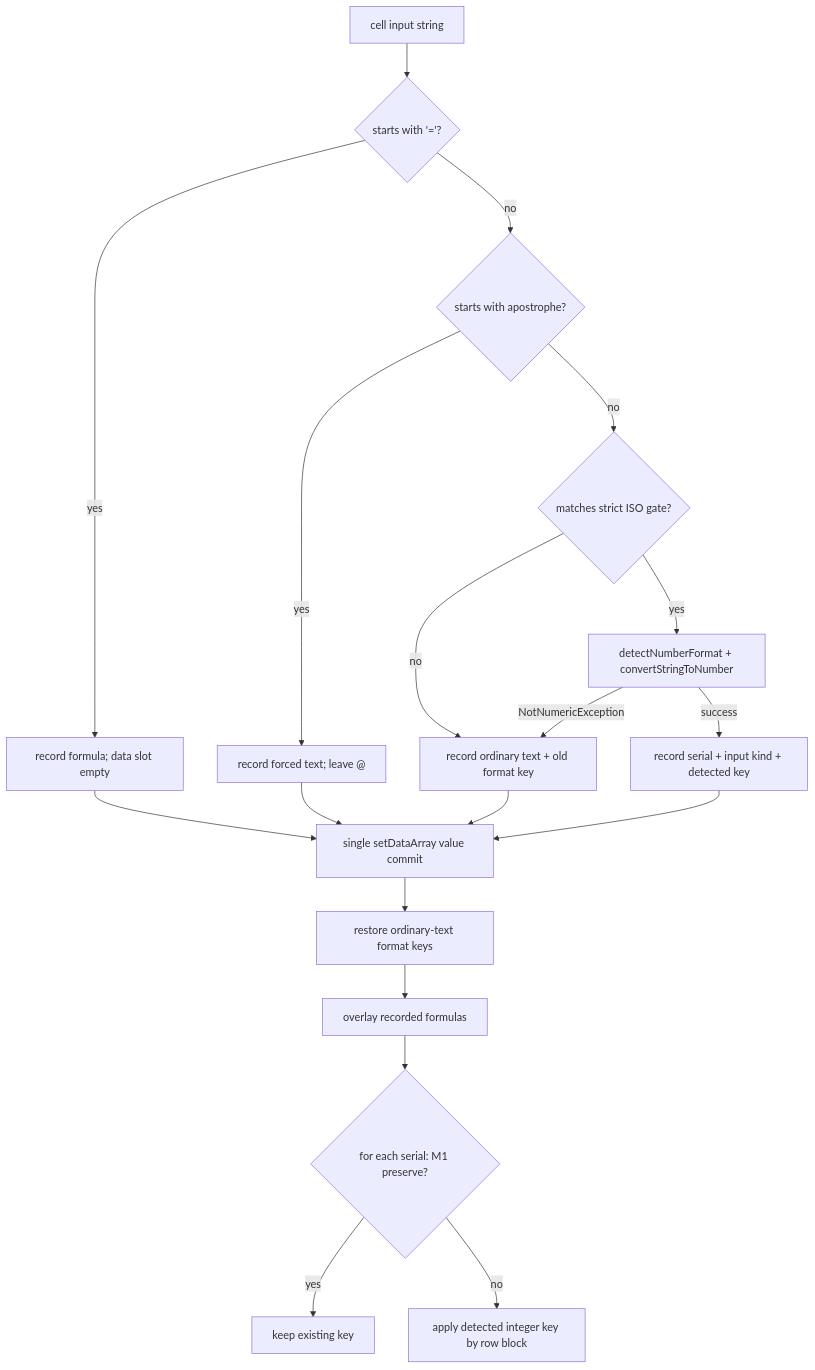
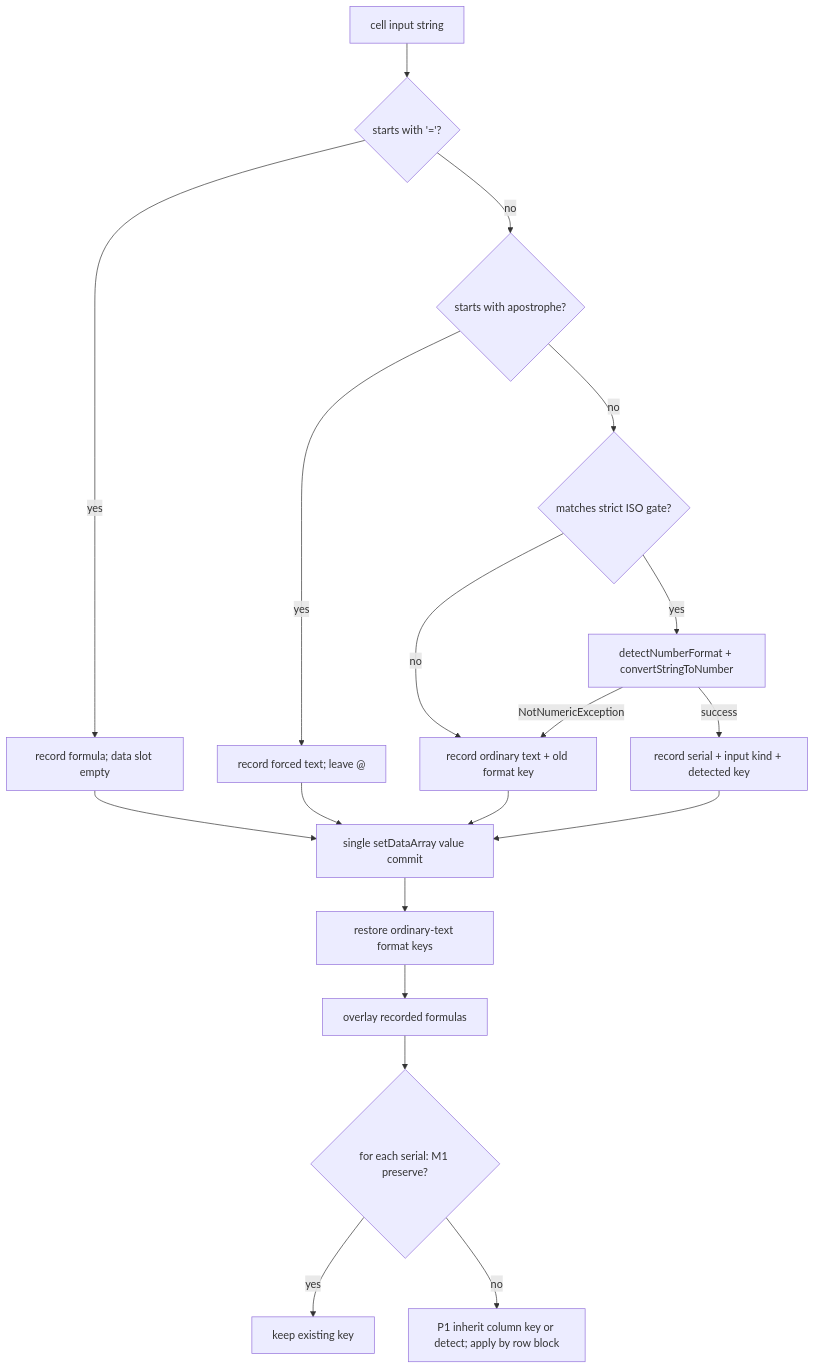
Before and after one commit to Augusto-Zolet/writeragent: the diagram in docs/calc-date-time-handling.md, drawn with Mermaid. The commit also changed other lines of this file and 23 other files, not shown here.

````diff
--- a/docs/calc-date-time-handling.md
+++ b/docs/calc-date-time-handling.md
@@ -636,21 +662,21 @@
 ```mermaid
 flowchart TD
     Start["cell input string"] --> IsFormula{"starts with '='?"}
     IsFormula -->|yes| RecordFormula["record formula; data slot empty"]
     IsFormula -->|no| IsEscaped{"starts with apostrophe?"}
     IsEscaped -->|yes| ForcedText["record forced text; leave @"]
     IsEscaped -->|no| Gate{"matches strict ISO gate?"}
     Gate -->|no| OrdinaryText["record ordinary text + old format key"]
     Gate -->|yes| Detect["detectNumberFormat + convertStringToNumber"]
     Detect -->|NotNumericException| OrdinaryText
     Detect -->|success| Serial["record serial + input kind + detected key"]
     RecordFormula --> Commit["single setDataArray value commit"]
     ForcedText --> Commit
     OrdinaryText --> Commit
     Serial --> Commit
     Commit --> Restore["restore ordinary-text format keys"]
     Restore --> FormulaPass["overlay recorded formulas"]
     FormulaPass --> Existing{"for each serial: M1 preserve?"}
     Existing -->|yes| KeepFormat["keep existing key"]
-    Existing -->|no| ApplyDetected["apply detected integer key by row block"]
+    Existing -->|no| InheritOrDetect["P1 inherit column key or detect; apply by row block"]
 ```
````
